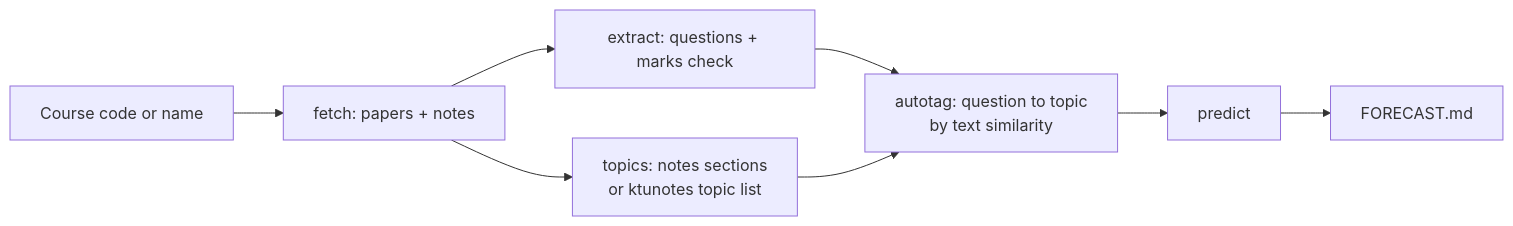
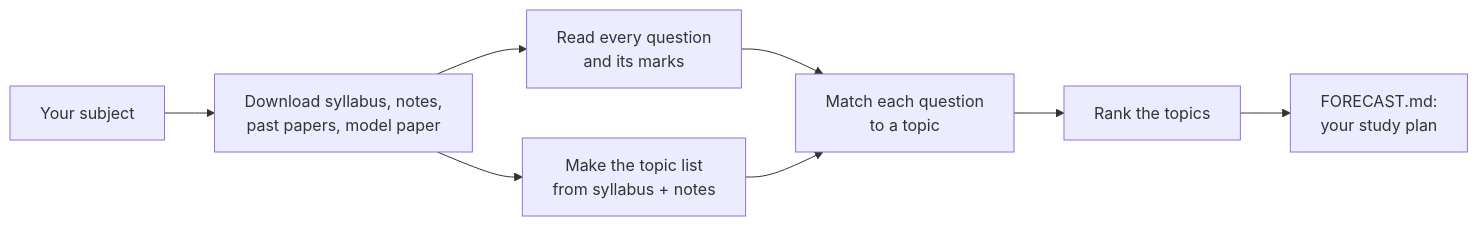
The diagram in README.md (justhashim/ktu-exam-predictor), drawn with Mermaid before and after one commit. The commit also changed other lines of this file, not shown here.

````diff
--- a/README.md
+++ b/README.md
@@ -147,10 +166,10 @@
 ```mermaid
 flowchart LR
-    A[Course code or name] --> B[fetch: papers + notes]
-    B --> C[extract: questions + marks check]
-    B --> D[topics: notes sections<br/>or ktunotes topic list]
-    C --> E[autotag: question to topic<br/>by text similarity]
+    A[Your subject] --> B[Download syllabus, notes,<br/>past papers, model paper]
+    B --> C[Read every question<br/>and its marks]
+    B --> D[Make the topic list<br/>from syllabus + notes]
+    C --> E[Match each question<br/>to a topic]
     D --> E
-    E --> F[predict]
-    F --> G[FORECAST.md]
+    E --> F[Rank the topics]
+    F --> G[FORECAST.md:<br/>your study plan]
 ```
````
